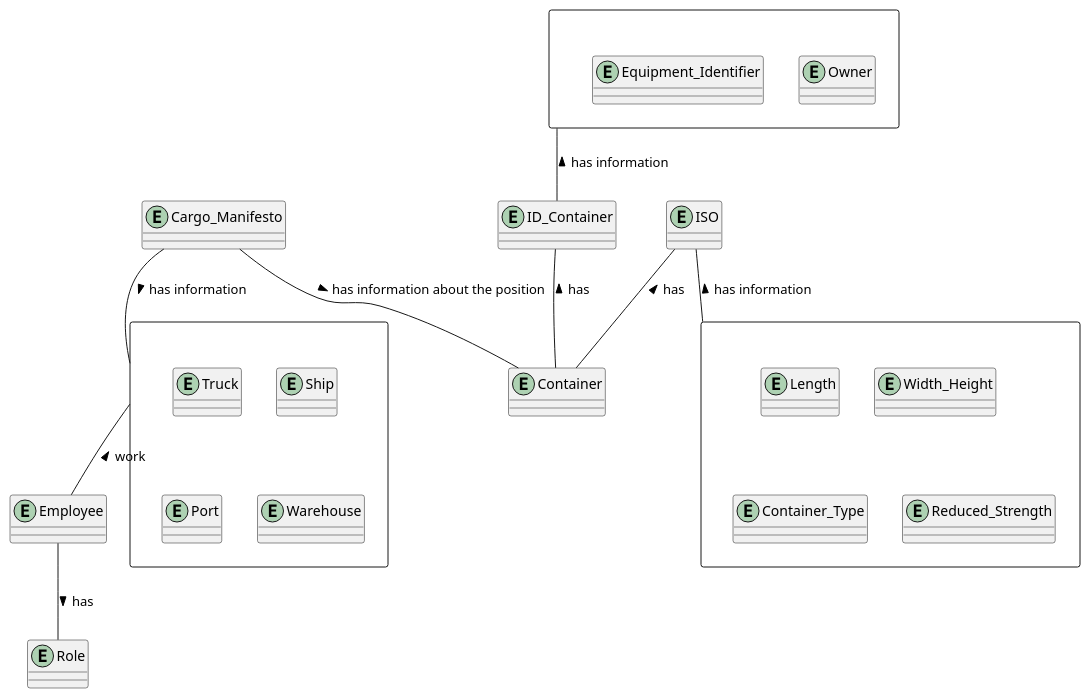
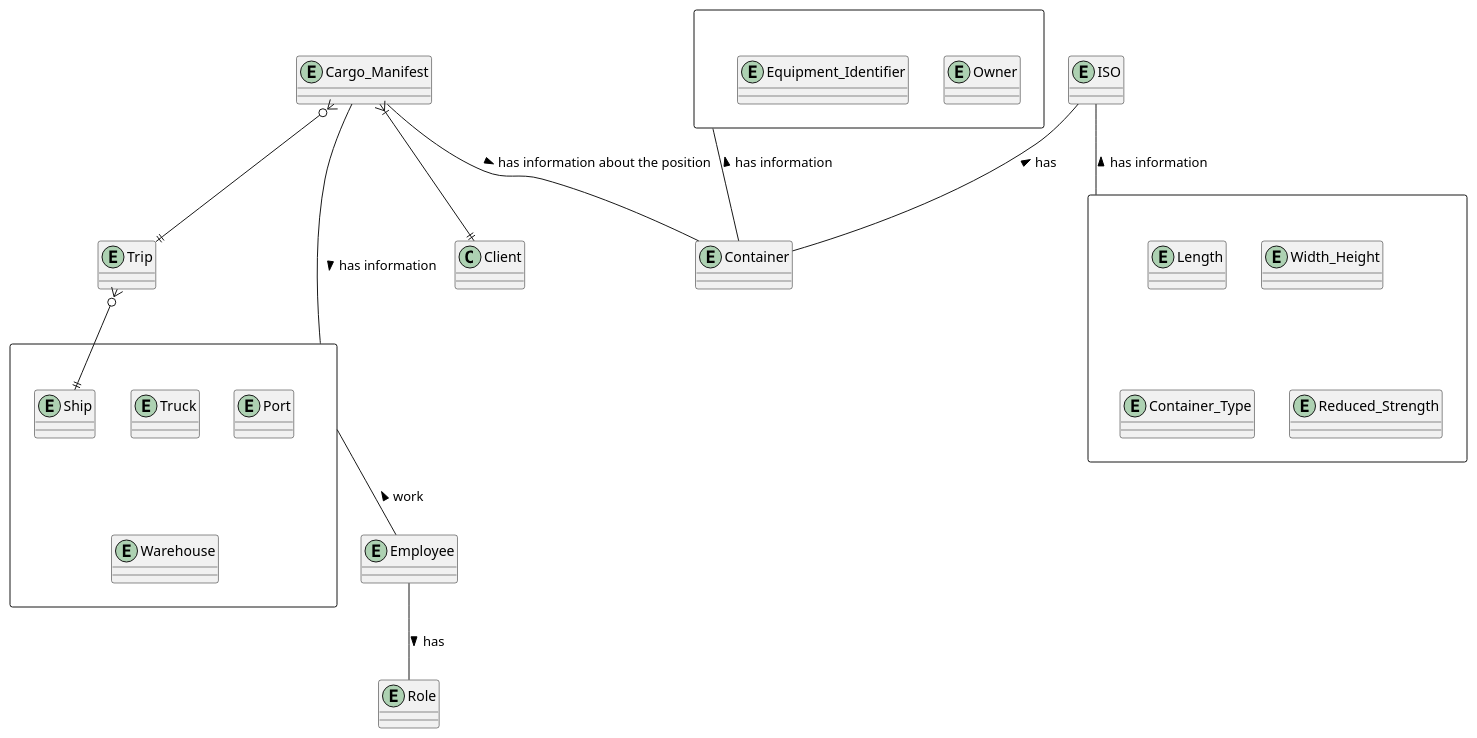
Before and after one commit to 1190772/LAB-Project-3: the diagram in docs/Sprint 2/US/US108/conceptual_model.puml, drawn with PlantUML. The commit also changed 6 other files, not shown here.

```diff
--- a/docs/Sprint 2/US/US108/conceptual_model.puml
+++ b/docs/Sprint 2/US/US108/conceptual_model.puml
@@ -1,47 +1,50 @@
 @startuml
 
 entity Container
 
-entity Cargo_Manifesto
+entity Cargo_Manifest
+
+entity Trip
 
 rectangle " " as "toEmployee"{
 
         entity Truck
 
         entity Ship
         entity Port
         entity Warehouse
 
 }
 entity Employee
 
 entity Role
 rectangle " " as "toISO" {
     entity Length
     entity Width_Height
     entity Container_Type
     entity Reduced_Strength
 }
 entity ISO
 
-entity ID_Container
 rectangle " " as "toIDContainer"{
     entity Owner
     entity Equipment_Identifier
 }
 
-Cargo_Manifesto -- Container : has information about the position >
+Cargo_Manifest -- Container : has information about the position >
 
-Cargo_Manifesto -- "toEmployee" : has information >
+Cargo_Manifest -- "toEmployee" : has information >
 
 
-"toIDContainer" -- ID_Container : has information <
+"toIDContainer" -- Container : has information <
 ISO -- Container : has <
 ISO -- toISO : has information <
-ID_Container -- Container : has <
 
+Cargo_Manifest }o--|| Trip
+Trip }o--|| Ship
+Cargo_Manifest }|--|| Client
 
 "toEmployee" -- Employee : work <
 Employee -- Role : has >
 
 @enduml
```
